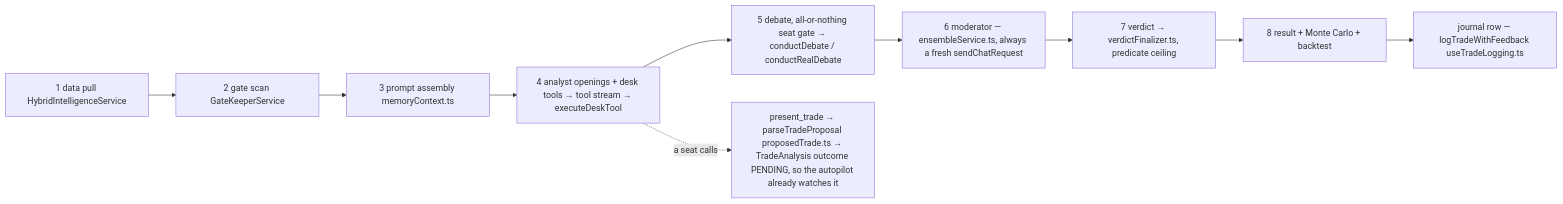
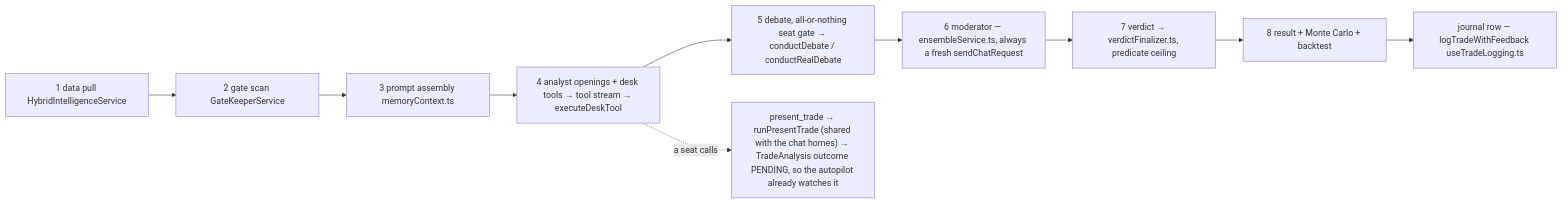
The third of 7 diagrams in docs/app-flow.md (Acepay25/august-3.5), drawn with Mermaid before and after one commit. The commit also changed other lines of this file and 2 other files, not shown here.

First line of the commit message:
docs(app-flow): re-measure both flow docs against the stage-20 tree

````diff
--- a/docs/app-flow.md
+++ b/docs/app-flow.md
@@ -91,12 +119,12 @@
 ```mermaid
 flowchart LR
     S1["1 data pull HybridIntelligenceService"] --> S2["2 gate scan GateKeeperService"]
     S2 --> S3["3 prompt assembly memoryContext.ts"]
     S3 --> S4["4 analyst openings + desk tools → tool stream → executeDeskTool"]
     S4 --> S5["5 debate, all-or-nothing seat gate → conductDebate / conductRealDebate"]
     S5 --> S6["6 moderator — ensembleService.ts, always a fresh sendChatRequest"]
     S6 --> S7["7 verdict → verdictFinalizer.ts, predicate ceiling"]
     S7 --> S8["8 result + Monte Carlo + backtest"]
     S8 --> JR["journal row — logTradeWithFeedback useTradeLogging.ts"]
-    S4 -.->|a seat calls| PT["present_trade → parseTradeProposal proposedTrade.ts → TradeAnalysis outcome PENDING, so the autopilot already watches it"]
+    S4 -.->|a seat calls| PT["present_trade → runPresentTrade (shared with the chat homes) → TradeAnalysis outcome PENDING, so the autopilot already watches it"]
 ```
````
